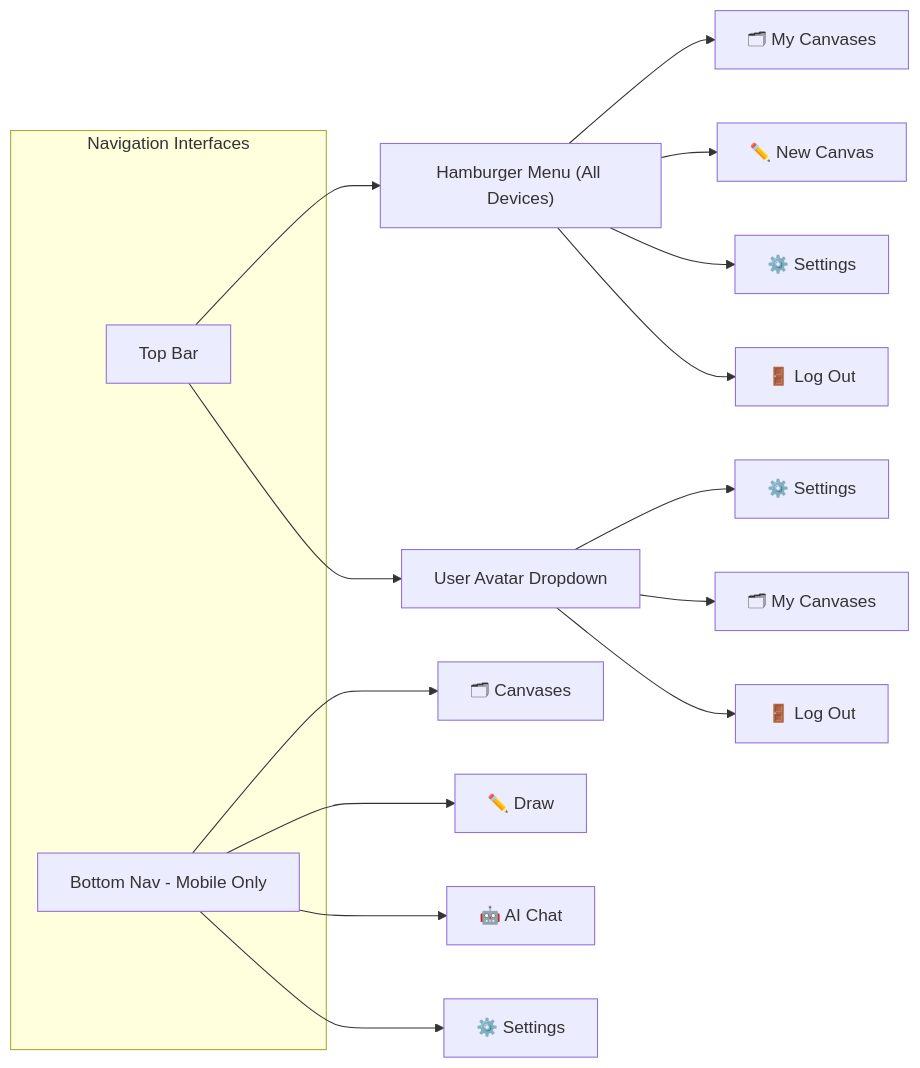
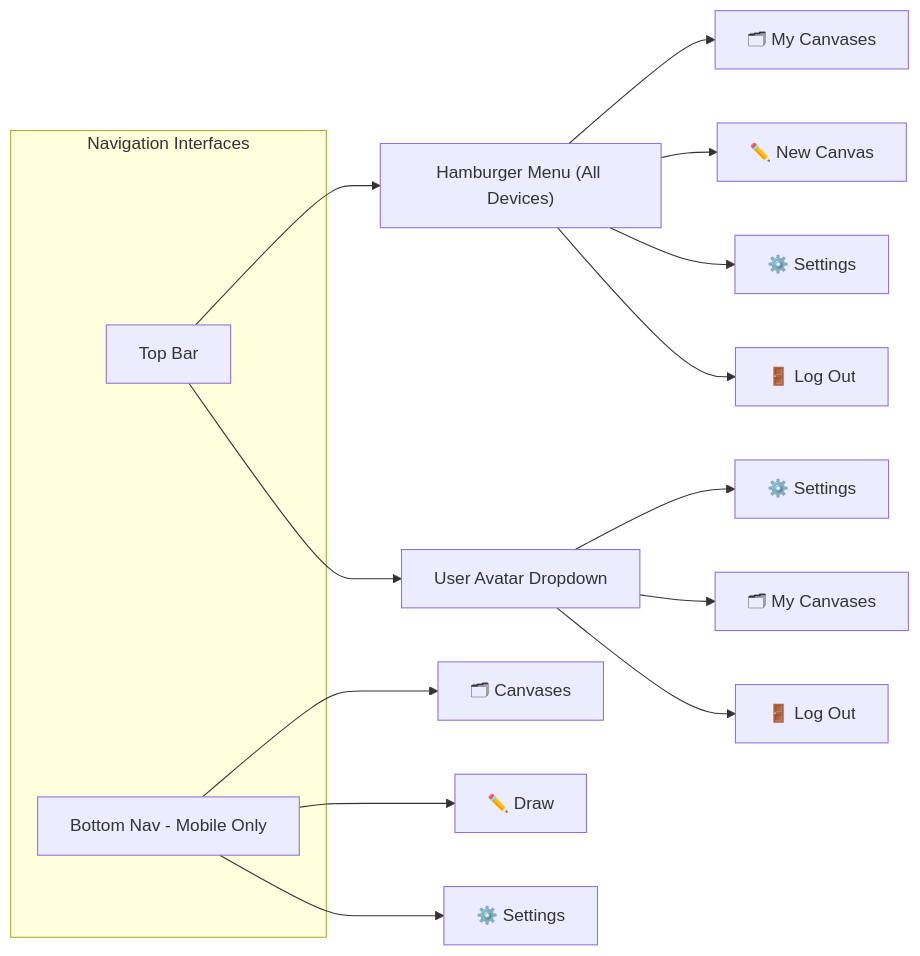
The fourth of 4 diagrams in Logic_flow/IntelliDraw_flowchart.md (backshotrecords/REPO-INTELLIDRAW), drawn with Mermaid before and after one commit. The commit also changed 1 other file, not shown here.

Commit message:
style: remove AI Chat button from mobile bottom navigation

````diff
--- a/Logic_flow/IntelliDraw_flowchart.md
+++ b/Logic_flow/IntelliDraw_flowchart.md
@@ -223,26 +223,25 @@
 ```mermaid
 flowchart LR
     %% All primary navigational mechanisms
 
     subgraph Navigation Interfaces
         TOP_BAR[Top Bar]
         BOT_NAV[Bottom Nav - Mobile Only]
     end
 
     TOP_BAR --> HAMBURGER["Hamburger Menu (All Devices)"]
     TOP_BAR --> AVATAR["User Avatar Dropdown"]
 
     HAMBURGER --> HM_DASH["🗂 My Canvases"]
     HAMBURGER --> HM_NEW["✏️ New Canvas"]
     HAMBURGER --> HM_SET["⚙️ Settings"]
     HAMBURGER --> HM_LOGOUT["🚪 Log Out"]
 
     AVATAR --> AV_SET["⚙️ Settings"]
     AVATAR --> AV_DASH["🗂 My Canvases"]
     AVATAR --> AV_LOGOUT["🚪 Log Out"]
 
     BOT_NAV --> TAB_CANVASES["🗂 Canvases"]
     BOT_NAV --> TAB_DRAW["✏️ Draw"]
-    BOT_NAV --> TAB_CHAT["🤖 AI Chat"]
     BOT_NAV --> TAB_SETTINGS["⚙️ Settings"]
 ```
````
